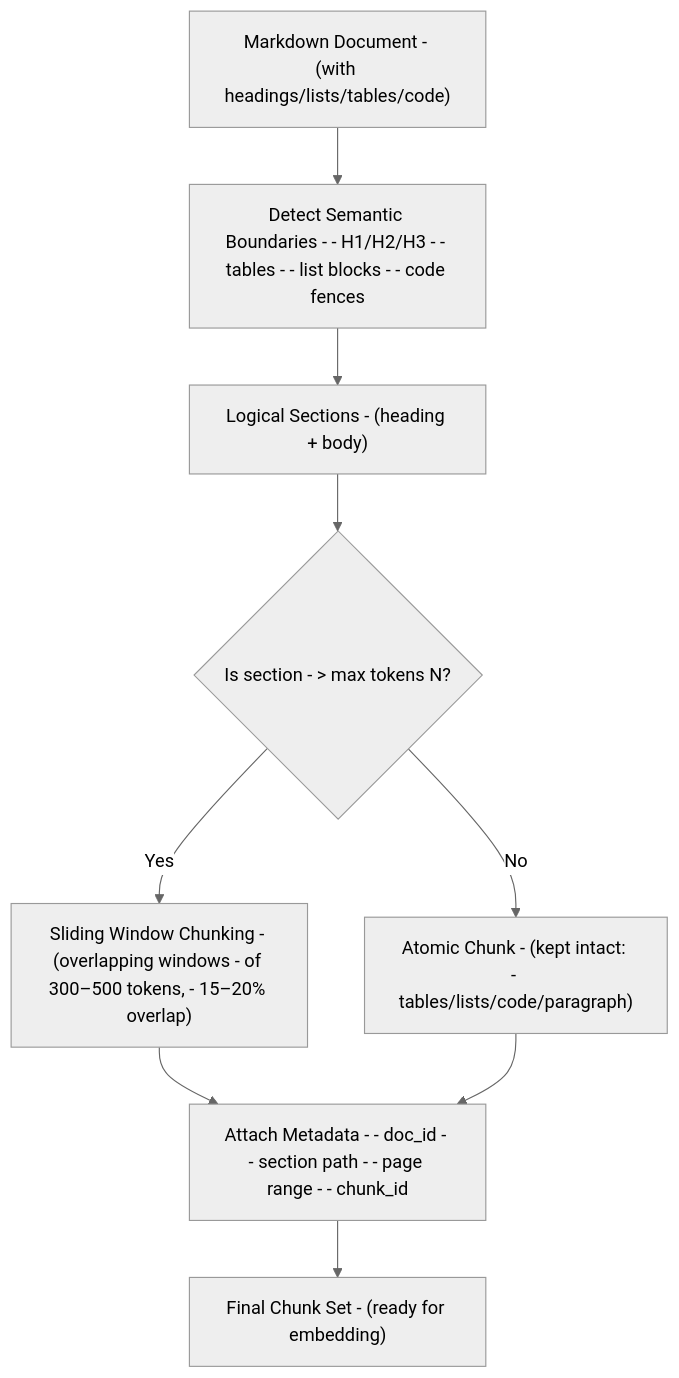
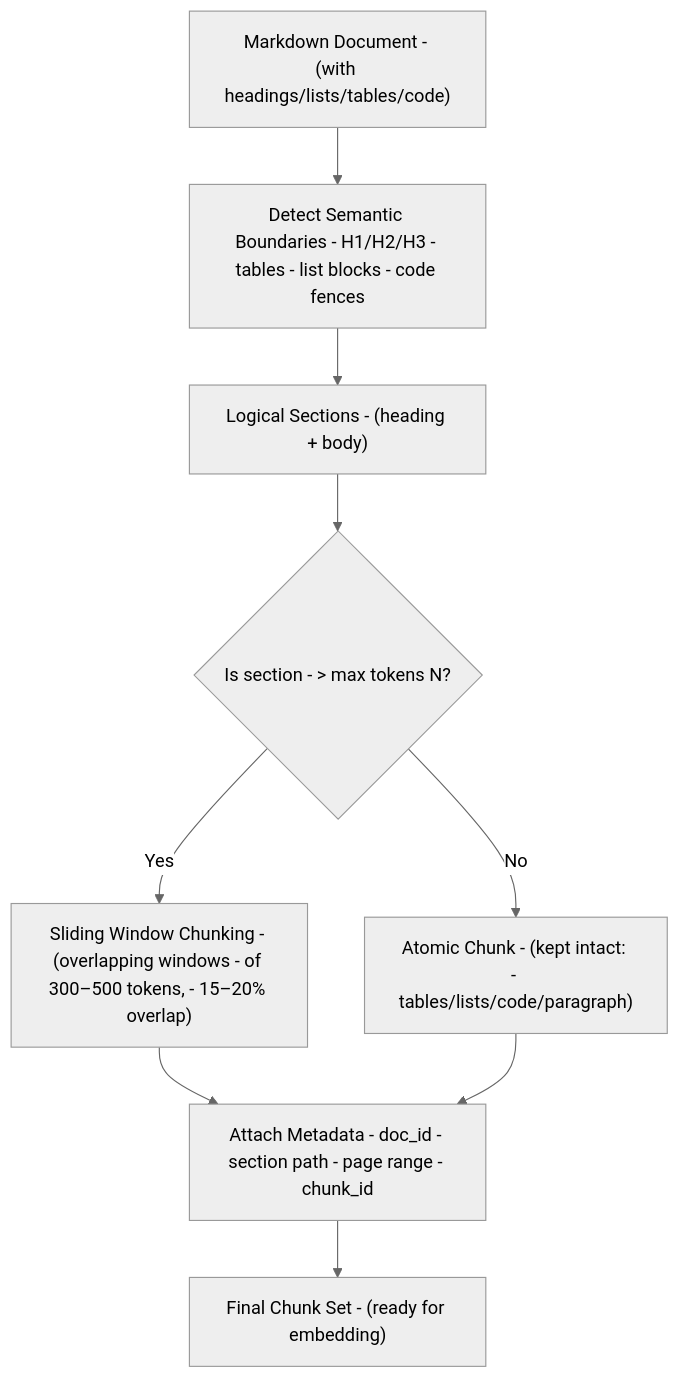
Before and after one commit to CagriCatik/RagSmith: the fourth of 9 diagrams in WHY.md, drawn with Mermaid (neutral theme). The commit also changed other lines of this file and 34 other files, not shown here.

````diff
--- a/WHY.md
+++ b/WHY.md
@@ -163,15 +296,15 @@
 ```mermaid
 flowchart TD
     MD["Markdown Document - (with headings/lists/tables/code)"]
-    DETECT["Detect Semantic Boundaries - - H1/H2/H3 - - tables - - list blocks - - code fences"]
+    DETECT["Detect Semantic Boundaries - H1/H2/H3 - tables - list blocks - code fences"]
     SUBSECTIONS["Logical Sections - (heading + body)"]
     SIZECHECK{"Is section - > max tokens N?"}
     SW["Sliding Window Chunking - (overlapping windows - of 300–500 tokens, - 15–20% overlap)"]
     ATOMIC["Atomic Chunk - (kept intact: - tables/lists/code/paragraph)"]
-    METADATA["Attach Metadata - - doc_id - - section path - - page range - - chunk_id"]
+    METADATA["Attach Metadata - doc_id - section path - page range - chunk_id"]
     OUT["Final Chunk Set - (ready for embedding)"]
 
     MD --> DETECT --> SUBSECTIONS --> SIZECHECK
     SIZECHECK -->|Yes| SW --> METADATA --> OUT
     SIZECHECK -->|No| ATOMIC --> METADATA
 ```
````
